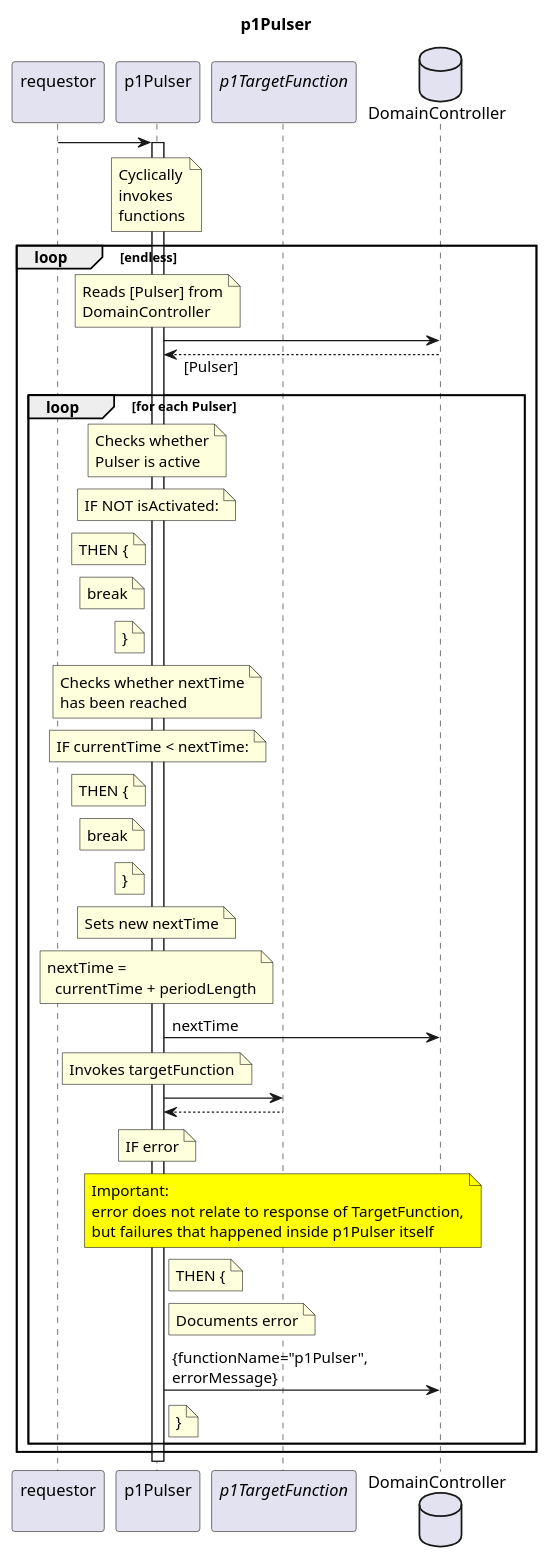
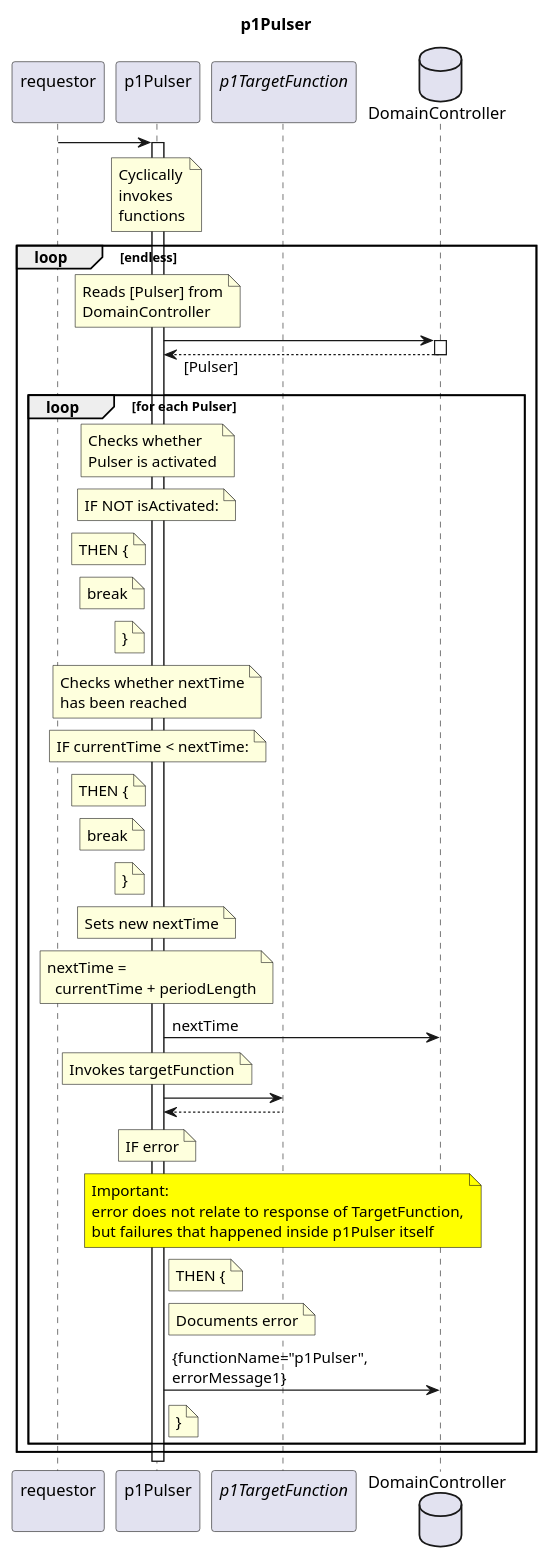
One commit to openBackhaul/FirmWareManager changed the diagram in spec/Functions/Administrative/p1Pulser/1.0.0/p1Pulser.plantuml. Above: the diagram before and after it, drawn with PlantUML. The commit also changed 13 other files, not shown here.

```diff
--- a/spec/Functions/Administrative/p1Pulser/1.0.0/p1Pulser.plantuml
+++ b/spec/Functions/Administrative/p1Pulser/1.0.0/p1Pulser.plantuml
@@ -1,101 +1,103 @@
 @startuml p1Pulser
 skinparam responseMessageBelowArrow true
 
 title
   p1Pulser
 end title
 
 participant "requestor\n" as requestor
 participant "p1Pulser\n" as p1Puls
 participant "<i>p1TargetFunction</i>\n" as p1Target
 database "DomainController" as DC
 
 requestor -> p1Puls
 activate p1Puls
   note over p1Puls
     Cyclically
     invokes
     functions
   end note
 
 loop endless
   note over p1Puls
     Reads [Pulser] from
     DomainController
   end note
   p1Puls -> DC
+  activate DC
   p1Puls <-- DC: [Pulser]
+  deactivate DC
   loop for each Pulser
 
     note over p1Puls
       Checks whether
-      Pulser is active
+      Pulser is activated
     end note
     note over p1Puls
       IF NOT isActivated:
     end note
     note left p1Puls
       THEN {
     end note
     note left p1Puls
       break
     end note
     note left p1Puls
       }
     end note
 
     note over p1Puls
       Checks whether nextTime
       has been reached
     end note
     note over p1Puls
       IF currentTime < nextTime:
     end note
     note left p1Puls
       THEN {
     end note
     note left p1Puls
       break
     end note
     note left p1Puls
       }
     end note
 
     note over p1Puls
       Sets new nextTime
     end note
     note over p1Puls
       nextTime =
         currentTime + periodLength
     end note
-  p1Puls -> DC : nextTime
+  p1Puls -> DC: nextTime
 
     note over p1Puls
       Invokes targetFunction
     end note
     p1Puls -> p1Target
     p1Puls <-- p1Target
 
     note over p1Puls
       IF error
     end note
     note over p1Target #Yellow
       Important:
       error does not relate to response of TargetFunction,
       but failures that happened inside p1Pulser itself
     end note
     note right p1Puls
       THEN {
     end note
     note right p1Puls
       Documents error
     end note
-    p1Puls -> DC : {functionName="p1Pulser",\nerrorMessage}
+    p1Puls -> DC : {functionName="p1Pulser",\nerrorMessage1}
     note right p1Puls
       }
     end note
   end loop
 
 end loop
 
 @enduml
```
